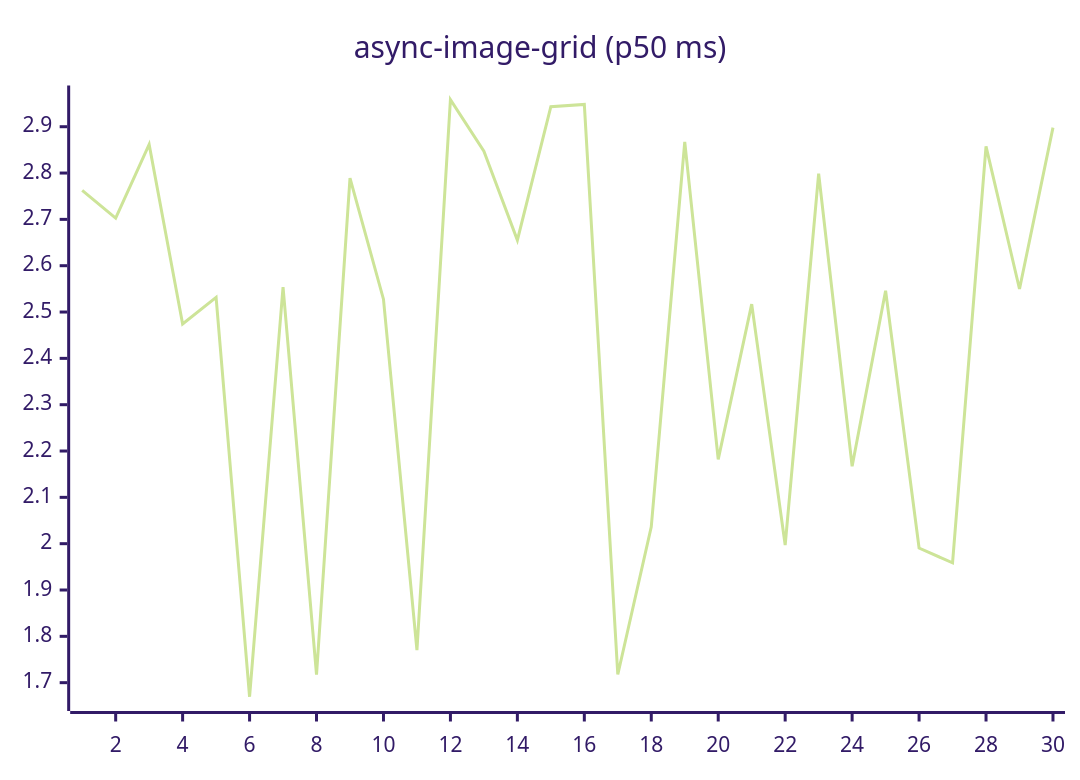
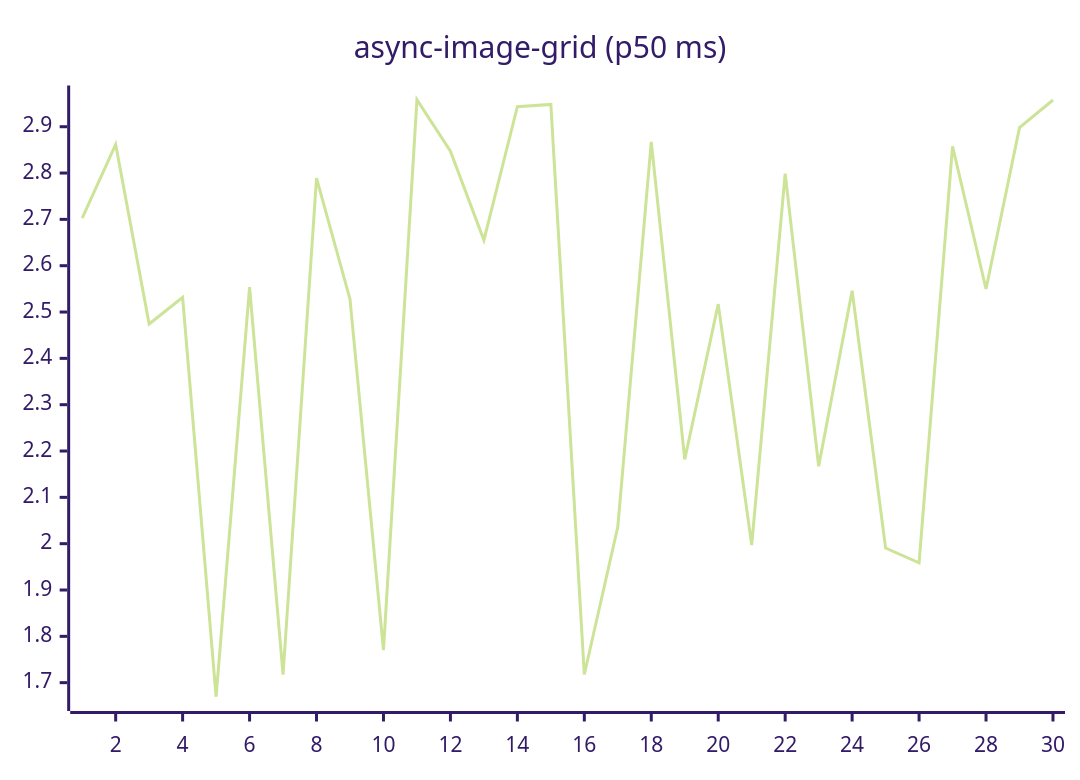
Before and after one commit to josha/Facet: the fifth of 27 diagrams in README.md, drawn with Mermaid (forest theme). The commit also changed other lines of this file and 2 other files, not shown here.

````diff
--- a/README.md
+++ b/README.md
@@ -91,6 +91,6 @@
 ```mermaid
 xychart-beta
     title "async-image-grid (p50 ms)"
     x-axis 1 --> 30
-    line [2.7624, 2.7026, 2.8617, 2.4742, 2.5316, 1.6696, 2.5539, 1.7175, 2.7892, 2.5277, 1.7701, 2.9582, 2.8471, 2.6552, 2.9433, 2.9481, 1.7177, 2.0365, 2.8674, 2.1819, 2.5171, 1.9970, 2.7988, 2.1671, 2.5459, 1.9906, 1.9586, 2.8577, 2.5497, 2.8980]
+    line [2.7026, 2.8617, 2.4742, 2.5316, 1.6696, 2.5539, 1.7175, 2.7892, 2.5277, 1.7701, 2.9582, 2.8471, 2.6552, 2.9433, 2.9481, 1.7177, 2.0365, 2.8674, 2.1819, 2.5171, 1.9970, 2.7988, 2.1671, 2.5459, 1.9906, 1.9586, 2.8577, 2.5497, 2.8980, 2.9576]
 ```
````
